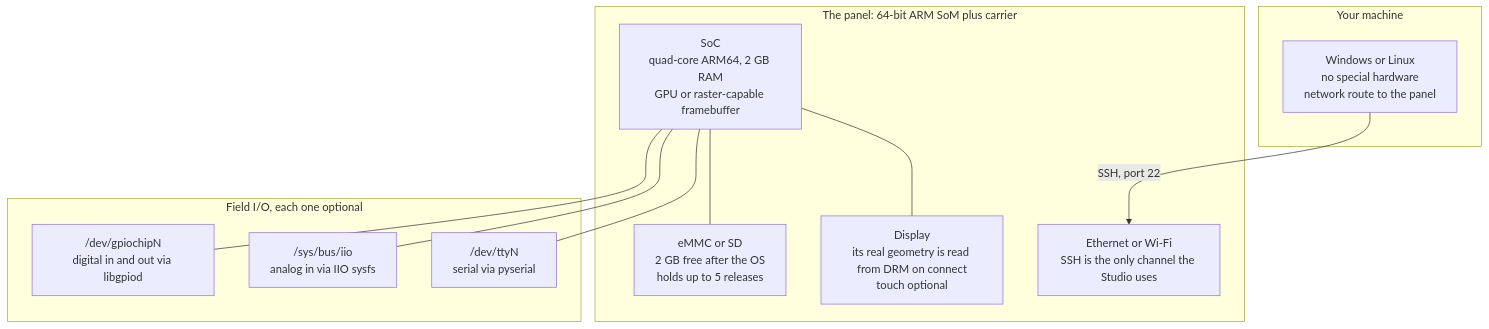
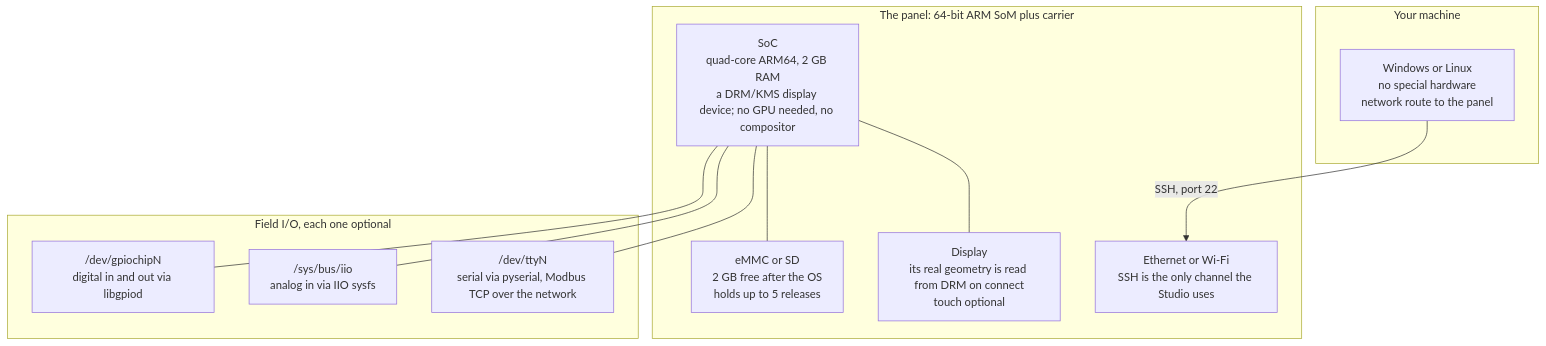
Before and after one commit to Hitheshkaranth/EmbeddedDisplayStudio: the diagram in docs/assets/hardware.mmd, drawn with Mermaid. The commit also changed 15 other files, not shown here.

First line of the commit message:
README 0.1.0: screenshots of every section, Qt-free architecture and deployment diagrams

```diff
--- a/docs/assets/hardware.mmd
+++ b/docs/assets/hardware.mmd
@@ -1,21 +1,21 @@
 graph TD
     subgraph board [The panel: 64-bit ARM SoM plus carrier]
-        soc["SoC<br/>quad-core ARM64, 2 GB RAM<br/>GPU or raster-capable framebuffer"]
+        soc["SoC<br/>quad-core ARM64, 2 GB RAM<br/>a DRM/KMS display device; no GPU needed, no compositor"]
         flash["eMMC or SD<br/>2 GB free after the OS<br/>holds up to 5 releases"]
         disp["Display<br/>its real geometry is read from DRM on connect<br/>touch optional"]
         net["Ethernet or Wi-Fi<br/>SSH is the only channel the Studio uses"]
     end
     subgraph io [Field I/O, each one optional]
         gpio["/dev/gpiochipN<br/>digital in and out via libgpiod"]
         adc["/sys/bus/iio<br/>analog in via IIO sysfs"]
-        uart["/dev/ttyN<br/>serial via pyserial"]
+        uart["/dev/ttyN<br/>serial via pyserial, Modbus TCP over the network"]
     end
     subgraph host [Your machine]
         pc["Windows or Linux<br/>no special hardware<br/>network route to the panel"]
     end
     pc -->|SSH, port 22| net
     soc --- flash
     soc --- disp
     soc --- gpio
     soc --- adc
     soc --- uart
```
